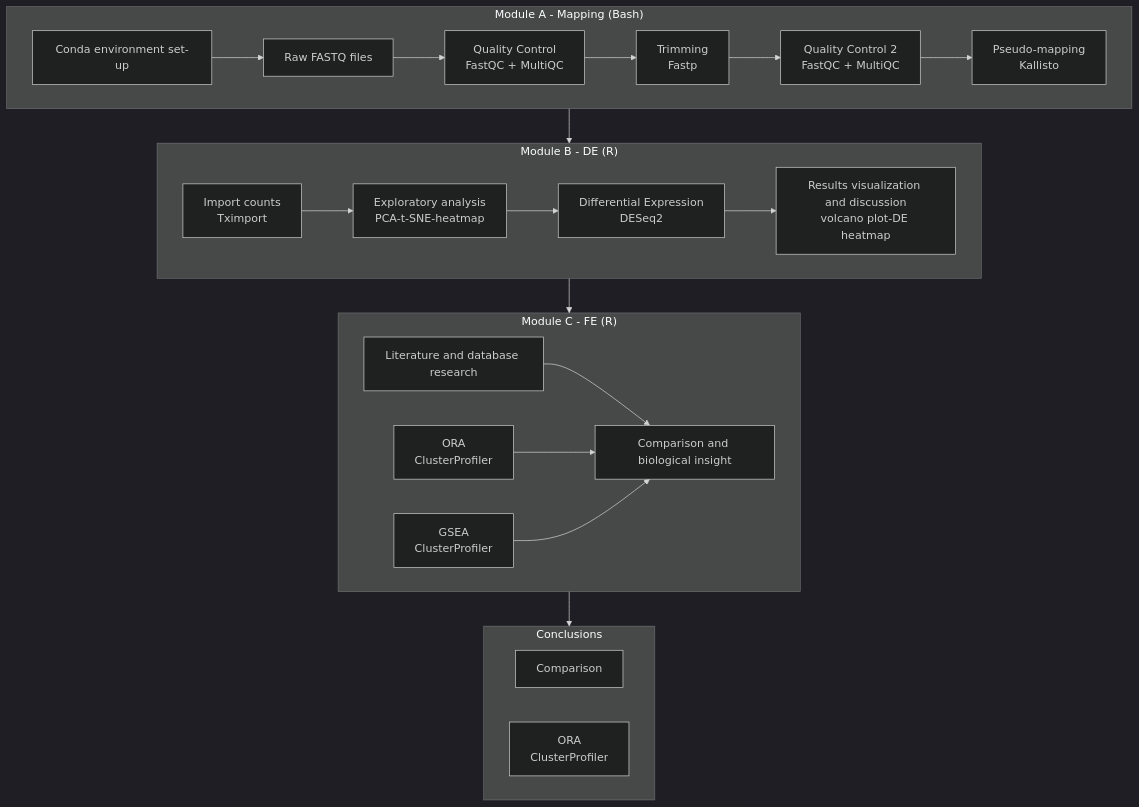
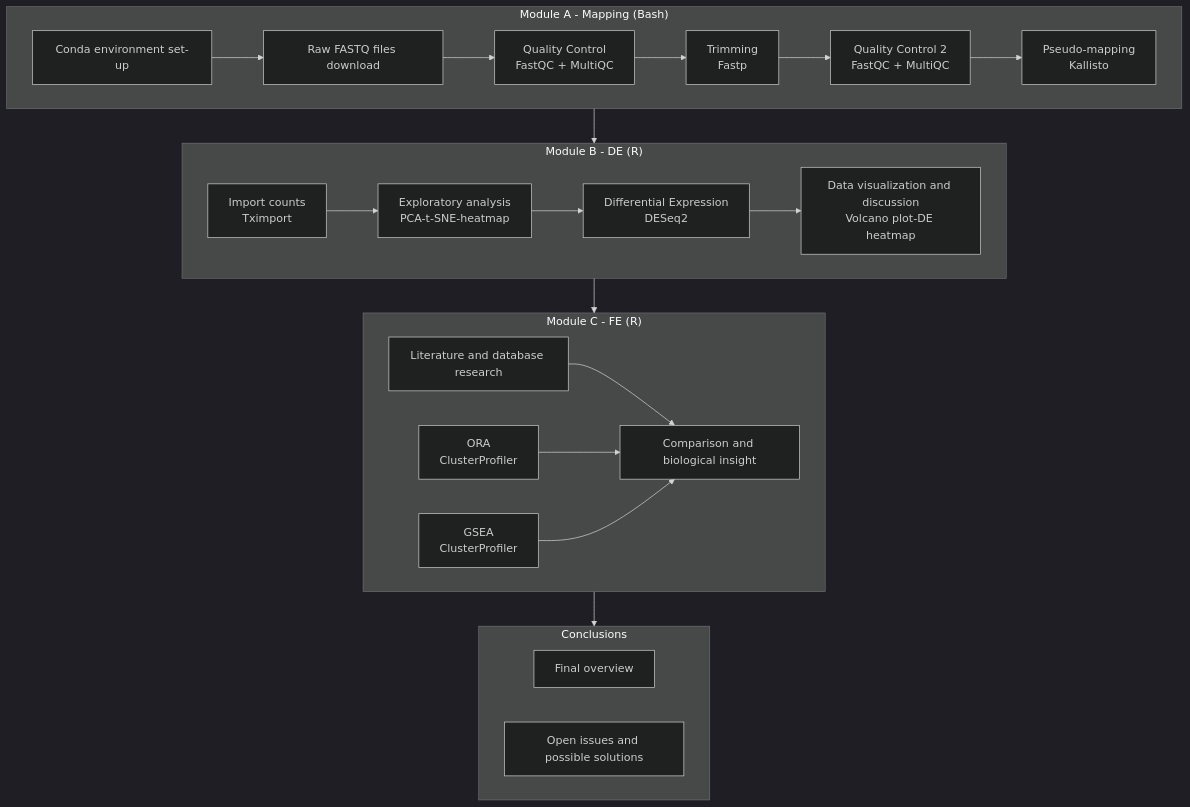
The diagram in README.md (pierpaolo-cantisani/RNA-Seq-analysis), drawn with Mermaid (dark theme) before and after one commit. The commit also changed other lines of this file, not shown here.

````diff
--- a/README.md
+++ b/README.md
@@ -17,36 +18,36 @@
 ```mermaid
 flowchart TD
     subgraph A["Module A - Mapping (Bash)"]
-        A1[Conda environment set-up] --> A2[Raw FASTQ files]
+        A1[Conda environment set-up] --> A2[Raw FASTQ files download]
         A2 --> A3[Quality Control<br/>FastQC + MultiQC]
         A3 --> A4[Trimming<br/>Fastp]
         A4 --> A5[Quality Control 2<br/>FastQC + MultiQC]
         A5 --> A6[Pseudo-mapping<br/>Kallisto]
     end
 
     subgraph B["Module B - DE (R)"]
         B1[Import counts<br/>Tximport] --> B2[Exploratory analysis<br/>PCA-t-SNE-heatmap]
         B2 --> B3[Differential Expression<br/>DESeq2]
-        B3 --> B4[Results visualization and discussion<br/>volcano plot-DE heatmap]
+        B3 --> B4[Data visualization and discussion<br/>Volcano plot-DE heatmap]
       
     end
 
     subgraph C["Module C - FE (R)"]
         C1[Literature and database research]
         C2[ORA<br/>ClusterProfiler]
         C3[GSEA<br/>ClusterProfiler]
         C4[Comparison and biological insight]
     end
 
     subgraph D["Conclusions"]
-        D1[Comparison]
-        D2[ORA<br/>ClusterProfiler]
-        C3[GSEA<br/>ClusterProfiler]
+        D1[Final overview]
+        D2[Open issues and possible solutions]
     end
+
     A --> B
     B --> C
     C --> D
     C1 --> C4
     C2 --> C4
     C3 --> C4
 ```
````
